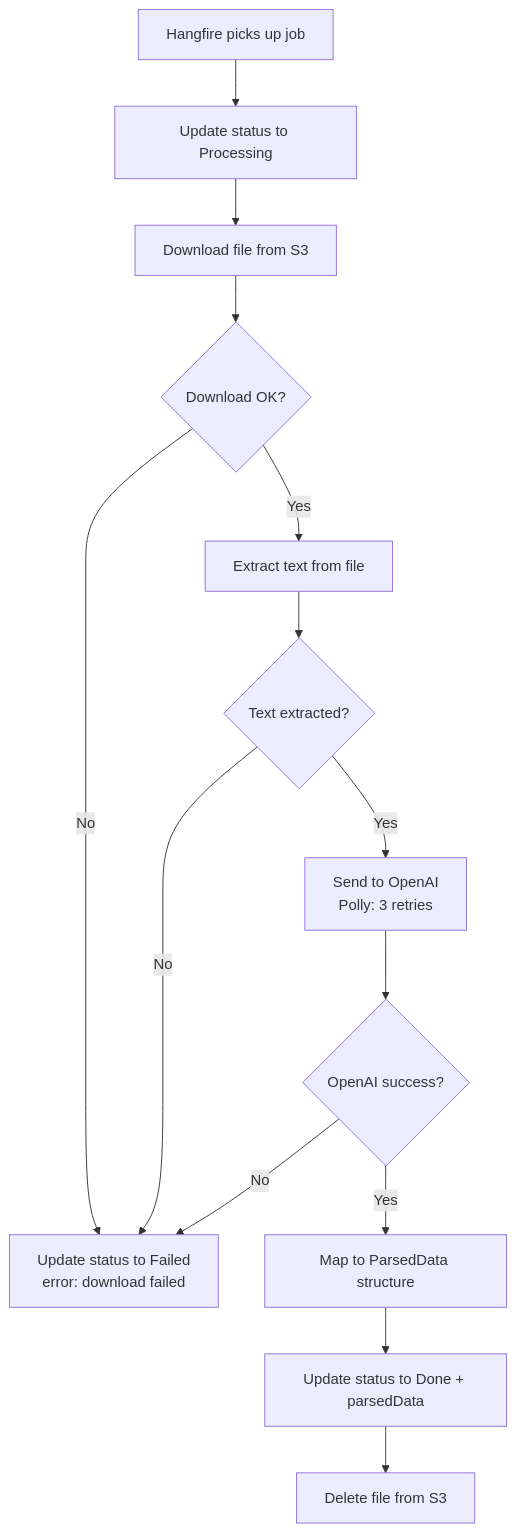
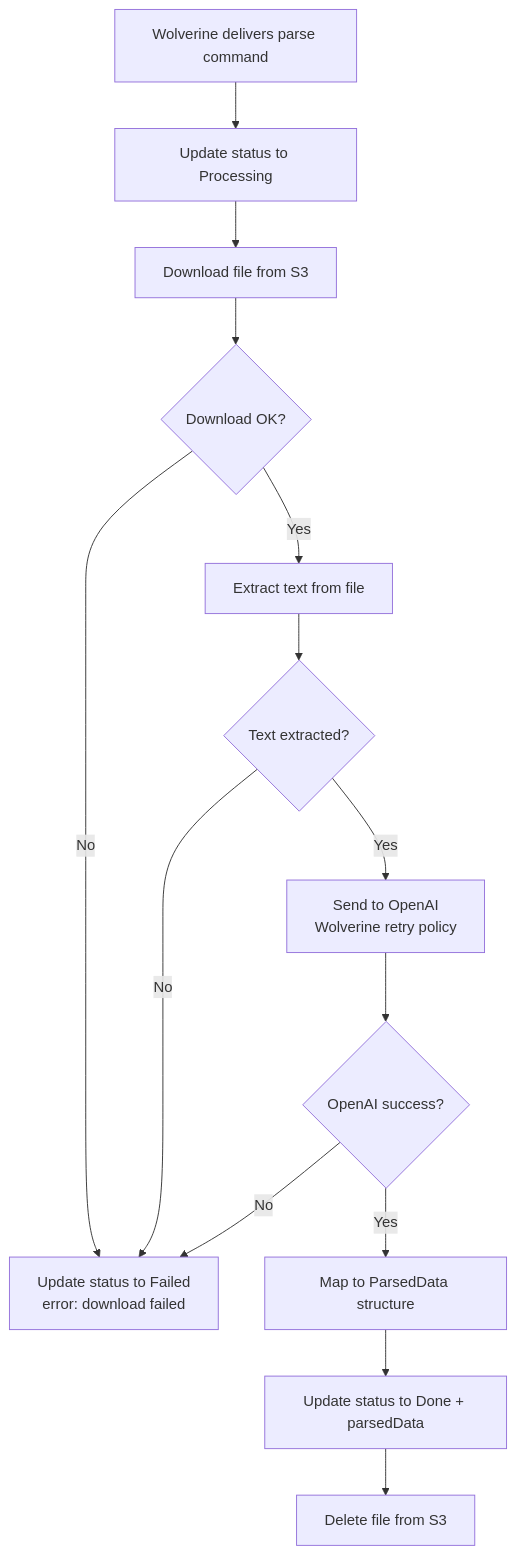
Before and after one commit to AbanoubPhelopos/TailorCV: the second of 3 diagrams in docs/features/profile/import-resume.md, drawn with Mermaid. The commit also changed other lines of this file and 189 other files, not shown here.

````diff
--- a/docs/features/profile/import-resume.md
+++ b/docs/features/profile/import-resume.md
@@ -323,16 +321,16 @@
 ```mermaid
 flowchart TD
-    A[Hangfire picks up job] --> B[Update status to Processing]
+    A[Wolverine delivers parse command] --> B[Update status to Processing]
     B --> C[Download file from S3]
     C --> D{Download OK?}
     D -->|No| E[Update status to Failed<br/>error: download failed]
     D -->|Yes| F[Extract text from file]
     F --> G{Text extracted?}
     G -->|No| E
-    G -->|Yes| H[Send to OpenAI<br/>Polly: 3 retries]
+    G -->|Yes| H[Send to OpenAI<br/>Wolverine retry policy]
     H --> I{OpenAI success?}
     I -->|No| E
     I -->|Yes| J[Map to ParsedData structure]
     J --> K[Update status to Done + parsedData]
     K --> L[Delete file from S3]
 ```
````
